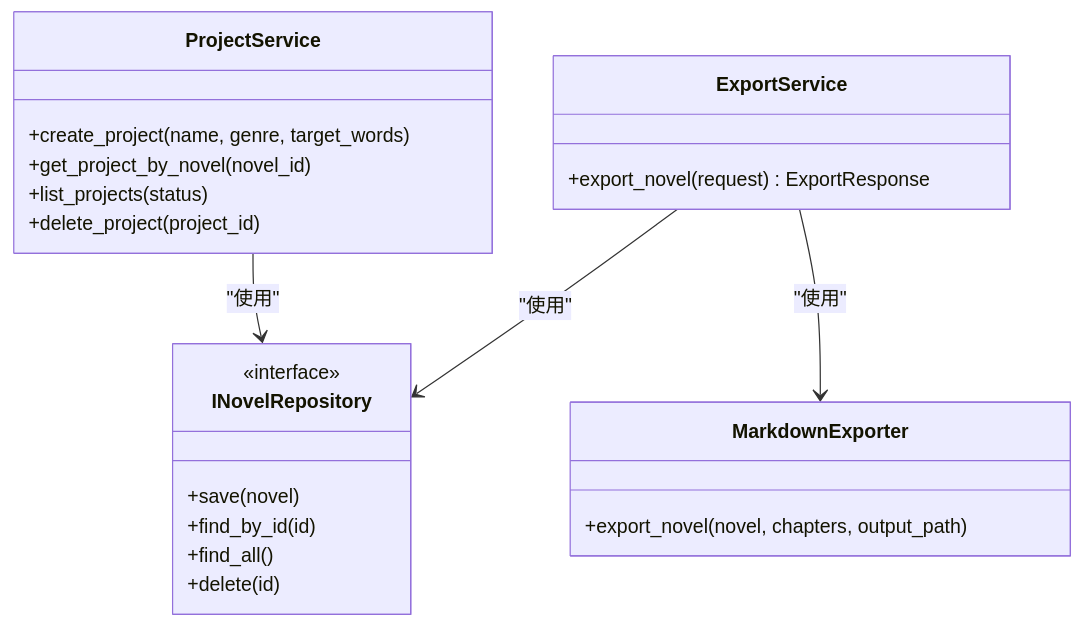
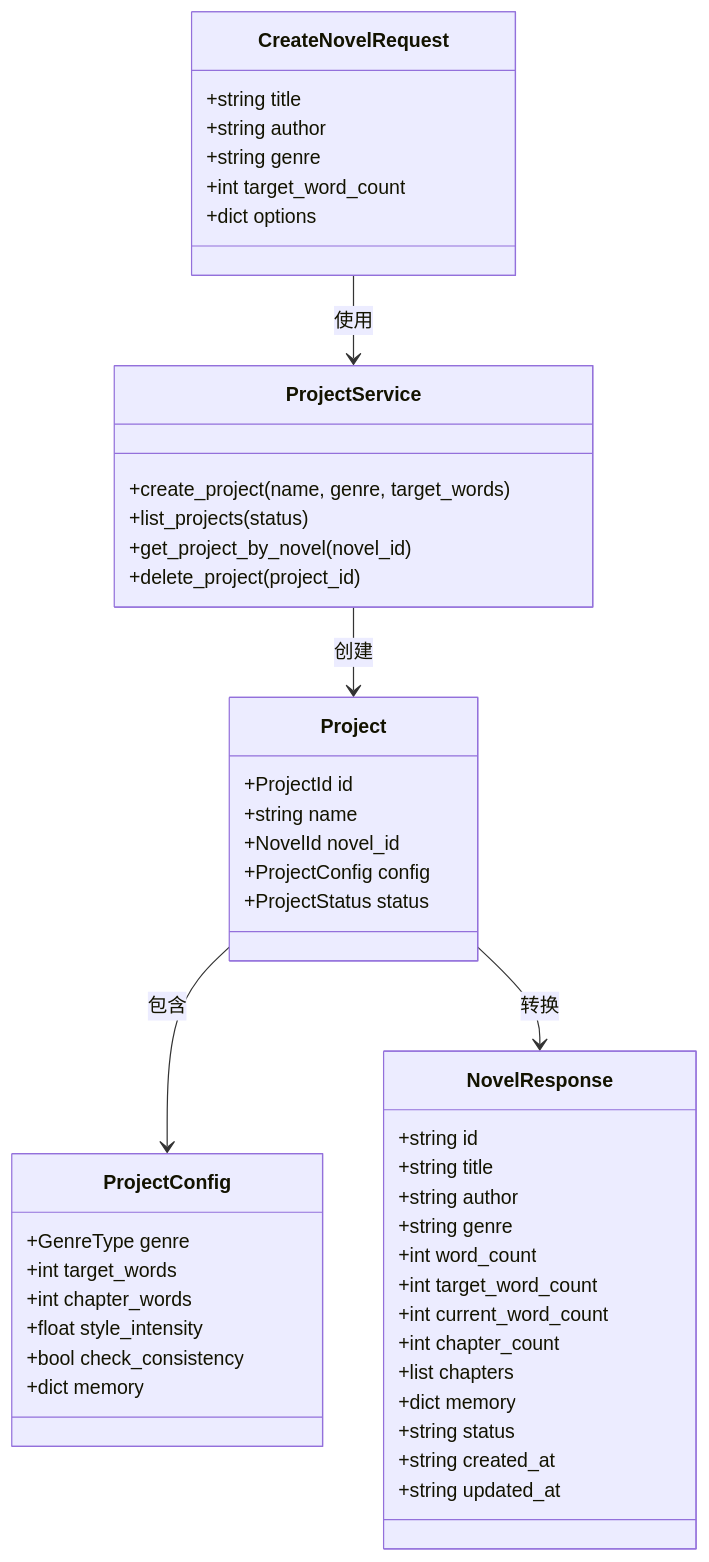
One commit to octsfm/InkTrace changed the fourth of 5 diagrams in .qoder/repowiki/zh/content/API接口文档/小说管理API.md. Above: the diagram before and after it, drawn with Mermaid. The commit also changed other lines of this file and 179 other files, not shown here.

````diff
--- a/.qoder/repowiki/zh/content/API接口文档/小说管理API.md
+++ b/.qoder/repowiki/zh/content/API接口文档/小说管理API.md
@@ -355,25 +320,50 @@
 ```mermaid
 classDiagram
+class CreateNovelRequest {
++string title
++string author
++string genre
++int target_word_count
++dict options
+}
+class NovelResponse {
++string id
++string title
++string author
++string genre
++int word_count
++int target_word_count
++int current_word_count
++int chapter_count
++list chapters
++dict memory
++string status
++string created_at
++string updated_at
+}
 class ProjectService {
 +create_project(name, genre, target_words)
++list_projects(status)
 +get_project_by_novel(novel_id)
-+list_projects(status)
 +delete_project(project_id)
 }
-class ExportService {
-+export_novel(request) ExportResponse
+class Project {
++ProjectId id
++string name
++NovelId novel_id
++ProjectConfig config
++ProjectStatus status
 }
-class INovelRepository {
-<<interface>>
-+save(novel)
-+find_by_id(id)
-+find_all()
-+delete(id)
+class ProjectConfig {
++GenreType genre
++int target_words
++int chapter_words
++float style_intensity
++bool check_consistency
++dict memory
 }
-class MarkdownExporter {
-+export_novel(novel, chapters, output_path)
-}
-ProjectService --> INovelRepository : "使用"
-ExportService --> INovelRepository : "使用"
-ExportService --> MarkdownExporter : "使用"
+CreateNovelRequest --> ProjectService : 使用
+ProjectService --> Project : 创建
+Project --> ProjectConfig : 包含
+Project --> NovelResponse : 转换
 ```
````
